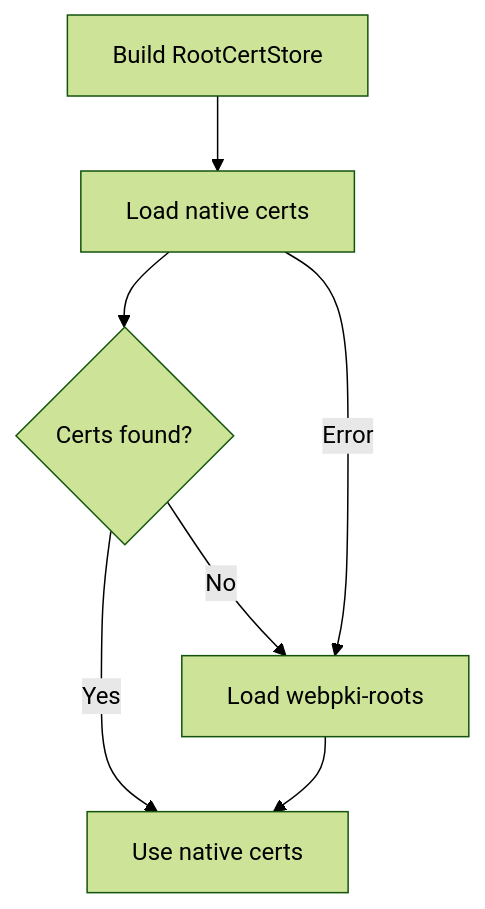
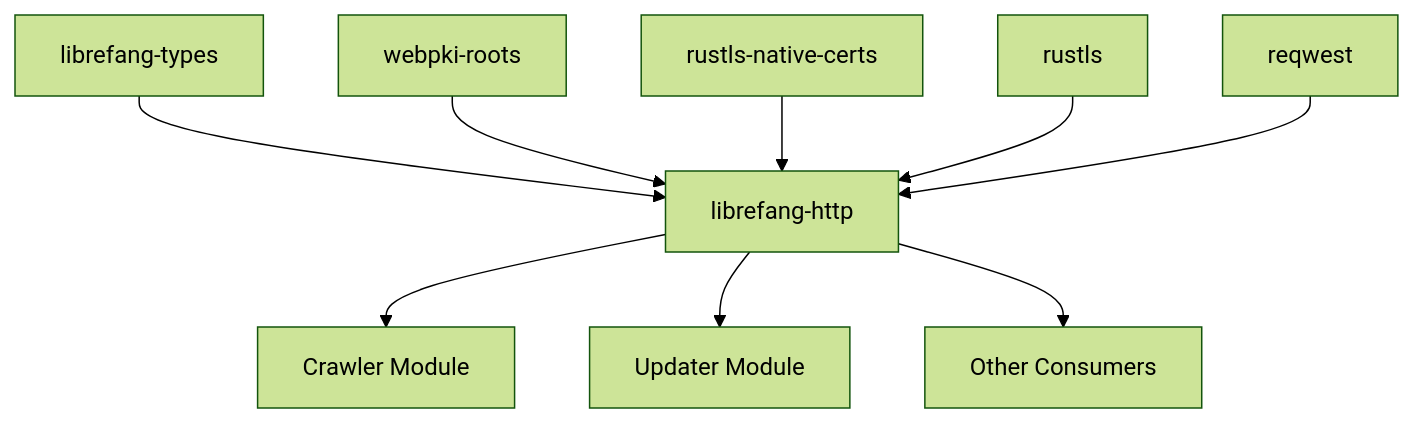
One commit to leszek3737/librefang-WIki changed the diagram in other-librefang-http.md. Above: the diagram before and after it, drawn with Mermaid (forest theme). The commit also changed other lines of this file and 110 other files, not shown here.

````diff
--- a/other-librefang-http.md
+++ b/other-librefang-http.md
@@ -30,9 +58,11 @@
 ```mermaid
-flowchart TD
-    A[Build RootCertStore] --> B[Load native certs]
-    B --> C{Certs found?}
-    C -- Yes --> D[Use native certs]
-    C -- No --> E[Load webpki-roots]
-    E --> D
-    B -- Error --> E
+graph TD
+    A[librefang-types] --> B[librefang-http]
+    C[webpki-roots] --> B
+    D[rustls-native-certs] --> B
+    E[rustls] --> B
+    F[reqwest] --> B
+    B --> G[Crawler Module]
+    B --> H[Updater Module]
+    B --> I[Other Consumers]
 ```
````
